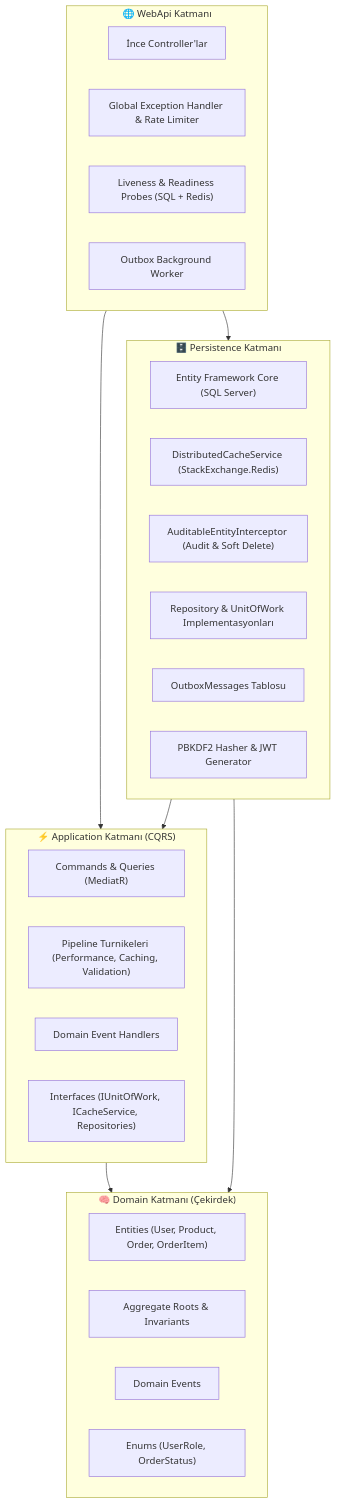
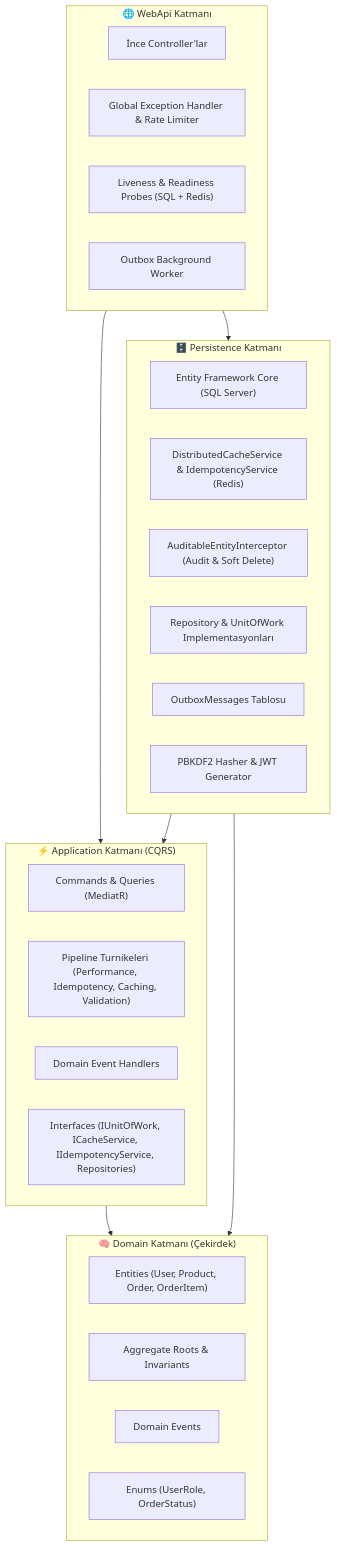
Before and after one commit to GokhanGKHN/DotnetArchitecture: the diagram in README.md, drawn with Mermaid. The commit also changed other lines of this file and 15 other files, not shown here.

Commit message:
feat: implement Idempotent Consumer pattern with MediatR pipeline turnstile, Redis distributed lock, 409 Conflict, and comprehensive tests

````diff
--- a/README.md
+++ b/README.md
@@ -41,38 +42,38 @@
 ```mermaid
 flowchart TD
     subgraph WebApi ["🌐 WebApi Katmanı"]
         Controllers["İnce Controller'lar"]
         Middlewares["Global Exception Handler & Rate Limiter"]
         HealthChecks["Liveness & Readiness Probes (SQL + Redis)"]
         BackgroundWorker["Outbox Background Worker"]
     end
 
     subgraph Application ["⚡ Application Katmanı (CQRS)"]
         Commands["Commands & Queries (MediatR)"]
-        Behaviors["Pipeline Turnikeleri (Performance, Caching, Validation)"]
+        Behaviors["Pipeline Turnikeleri (Performance, Idempotency, Caching, Validation)"]
         Events["Domain Event Handlers"]
-        AppInterfaces["Interfaces (IUnitOfWork, ICacheService, Repositories)"]
+        AppInterfaces["Interfaces (IUnitOfWork, ICacheService, IIdempotencyService, Repositories)"]
     end
 
     subgraph Persistence ["🗄️ Persistence Katmanı"]
         EFCore["Entity Framework Core (SQL Server)"]
-        RedisCache["DistributedCacheService (StackExchange.Redis)"]
+        RedisCache["DistributedCacheService & IdempotencyService (Redis)"]
         Interceptors["AuditableEntityInterceptor (Audit & Soft Delete)"]
         Repositories["Repository & UnitOfWork Implementasyonları"]
         OutboxTable["OutboxMessages Tablosu"]
         AuthServices["PBKDF2 Hasher & JWT Generator"]
     end
 
     subgraph Domain ["🧠 Domain Katmanı (Çekirdek)"]
         Entities["Entities (User, Product, Order, OrderItem)"]
         AggregateRoots["Aggregate Roots & Invariants"]
         DomainEvents["Domain Events"]
         Enums["Enums (UserRole, OrderStatus)"]
     end
 
     WebApi --> Application
     WebApi --> Persistence
     Persistence --> Application
     Application --> Domain
     Persistence --> Domain
 ```
````
